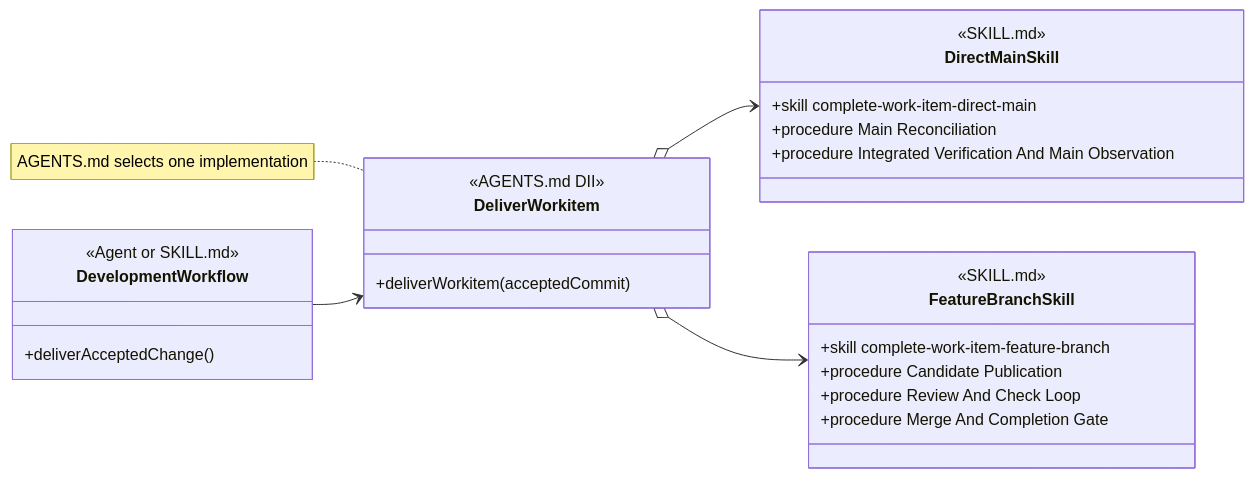
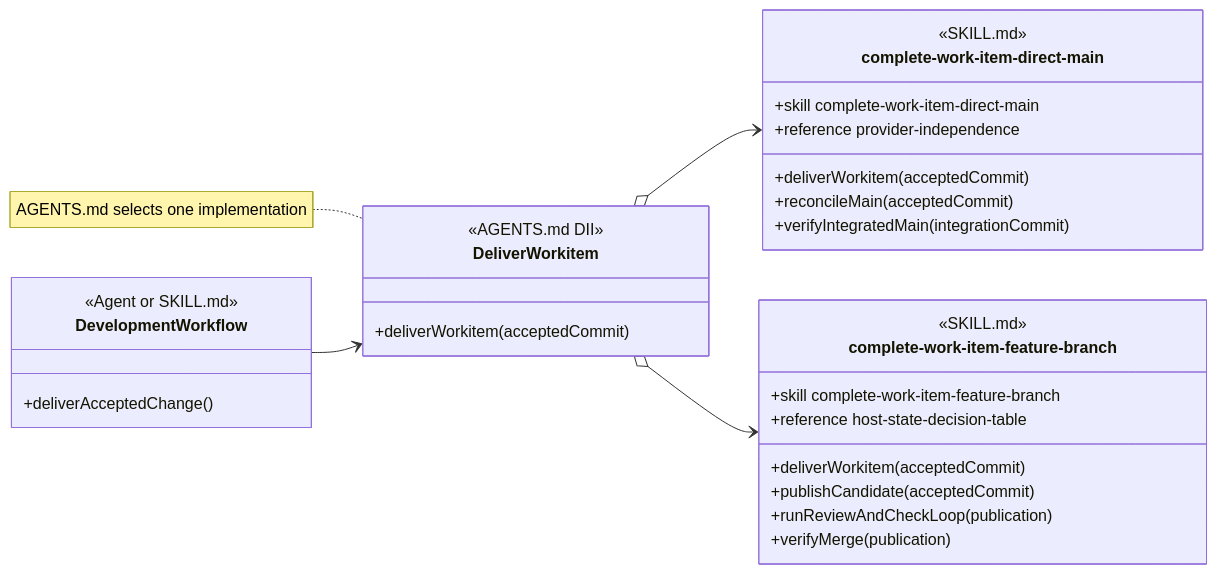
Before and after one commit to martinbechard/dev-methodology: the ninth of 11 diagrams in design/object-oriented-agent-and-skill-model.md, drawn with Mermaid. The commit also changed other lines of this file and 2 other files, not shown here.

Commit message:
Refine skill anatomy modeling

````diff
--- a/design/object-oriented-agent-and-skill-model.md
+++ b/design/object-oriented-agent-and-skill-model.md
@@ -451,37 +530,41 @@
 ```mermaid
 classDiagram
     direction LR
 
     class DevelopmentWorkflow {
         <<Agent or SKILL.md>>
         +deliverAcceptedChange()
     }
 
     class DeliverWorkitem {
         <<AGENTS.md DII>>
         +deliverWorkitem(acceptedCommit)
     }
 
-    class DirectMainSkill {
+    class complete-work-item-direct-main {
         <<SKILL.md>>
         <<Injectable Skill>>
         +skill complete-work-item-direct-main
-        +procedure Main Reconciliation
-        +procedure Integrated Verification And Main Observation
+        +deliverWorkitem(acceptedCommit)
+        +reconcileMain(acceptedCommit)
+        +verifyIntegratedMain(integrationCommit)
+        +reference provider-independence
     }
 
-    class FeatureBranchSkill {
+    class complete-work-item-feature-branch {
         <<SKILL.md>>
         <<Injectable Skill>>
         +skill complete-work-item-feature-branch
-        +procedure Candidate Publication
-        +procedure Review And Check Loop
-        +procedure Merge And Completion Gate
+        +deliverWorkitem(acceptedCommit)
+        +publishCandidate(acceptedCommit)
+        +runReviewAndCheckLoop(publication)
+        +verifyMerge(publication)
+        +reference host-state-decision-table
     }
 
     DevelopmentWorkflow --> DeliverWorkitem
-    DeliverWorkitem o--> DirectMainSkill
-    DeliverWorkitem o--> FeatureBranchSkill
+    DeliverWorkitem o--> complete-work-item-direct-main
+    DeliverWorkitem o--> complete-work-item-feature-branch
 
     note for DeliverWorkitem "AGENTS.md selects one implementation"
 ```
````
